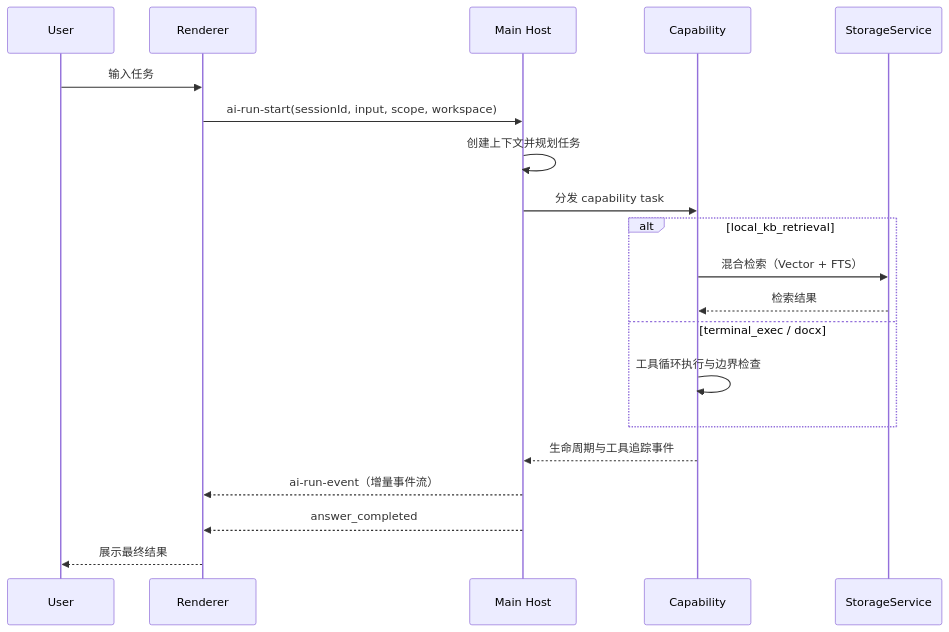
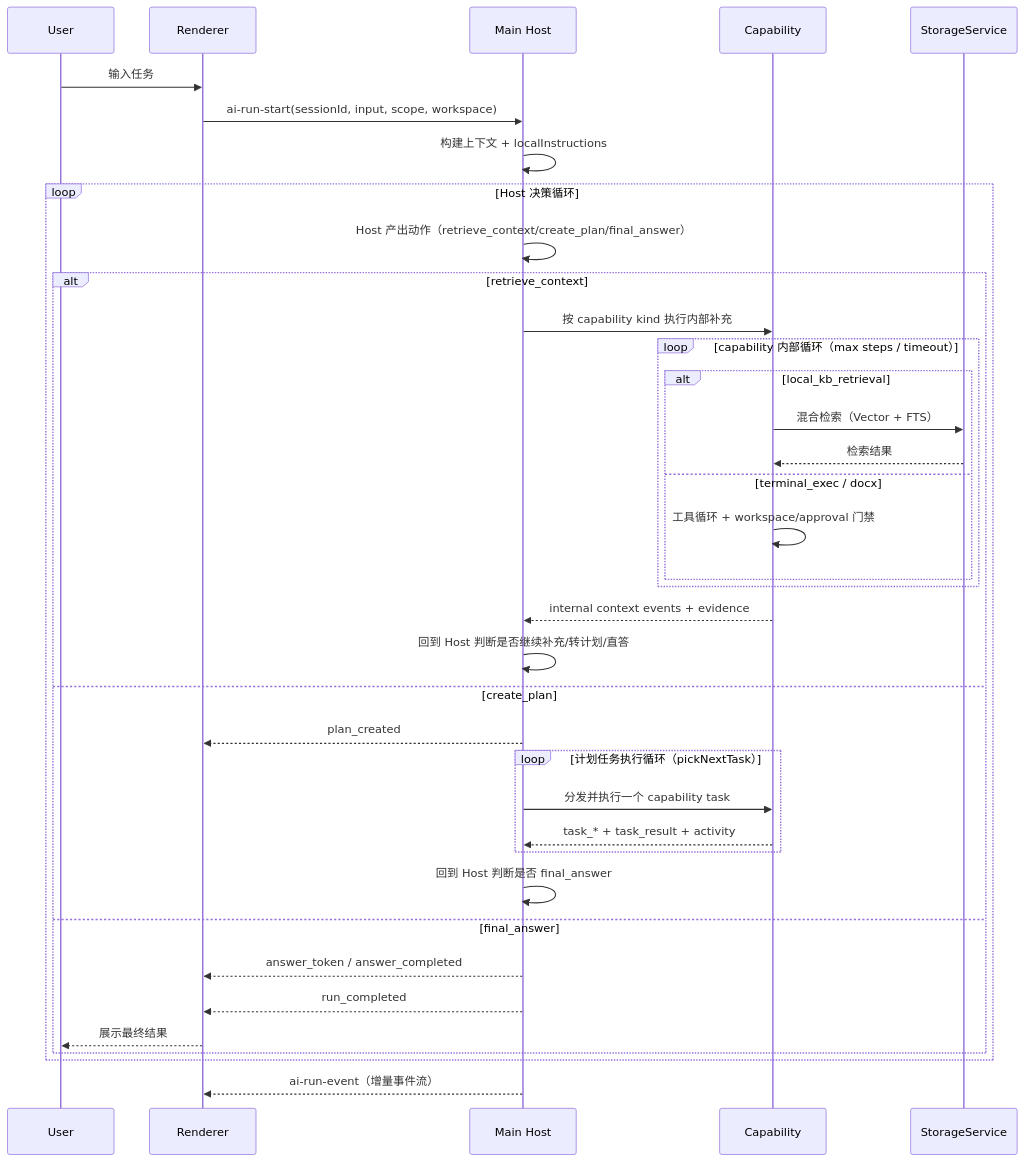
One commit to Yoan98/Ncurator changed the second of 2 diagrams in doc/ai-architecture.md. Above: the diagram before and after it, drawn with Mermaid. The commit also changed other lines of this file and 1 other file, not shown here.

Commit message:
feat: enhance AI architecture documentation with detailed host decision loop and module layers

````diff
--- a/doc/ai-architecture.md
+++ b/doc/ai-architecture.md
@@ -57,23 +115,40 @@
 ```mermaid
 sequenceDiagram
   participant U as User
   participant R as Renderer
   participant M as Main Host
   participant C as Capability
   participant DB as StorageService
 
   U->>R: 输入任务
   R->>M: ai-run-start(sessionId, input, scope, workspace)
-  M->>M: 创建上下文并规划任务
-  M->>C: 分发 capability task
-  alt local_kb_retrieval
-    C->>DB: 混合检索（Vector + FTS）
-    DB-->>C: 检索结果
-  else terminal_exec / docx
-    C->>C: 工具循环执行与边界检查
+  M->>M: 构建上下文 + localInstructions
+  loop Host 决策循环
+    M->>M: Host 产出动作（retrieve_context/create_plan/final_answer）
+    alt retrieve_context
+      M->>C: 按 capability kind 执行内部补充
+      loop capability 内部循环（max steps / timeout）
+        alt local_kb_retrieval
+          C->>DB: 混合检索（Vector + FTS）
+          DB-->>C: 检索结果
+        else terminal_exec / docx
+          C->>C: 工具循环 + workspace/approval 门禁
+        end
+      end
+      C-->>M: internal context events + evidence
+      M->>M: 回到 Host 判断是否继续补充/转计划/直答
+    else create_plan
+      M-->>R: plan_created
+      loop 计划任务执行循环（pickNextTask）
+        M->>C: 分发并执行一个 capability task
+        C-->>M: task_* + task_result + activity
+      end
+      M->>M: 回到 Host 判断是否 final_answer
+    else final_answer
+      M-->>R: answer_token / answer_completed
+      M-->>R: run_completed
+      R-->>U: 展示最终结果
+    end
   end
-  C-->>M: 生命周期与工具追踪事件
   M-->>R: ai-run-event（增量事件流）
-  M-->>R: answer_completed
-  R-->>U: 展示最终结果
 ```
````
